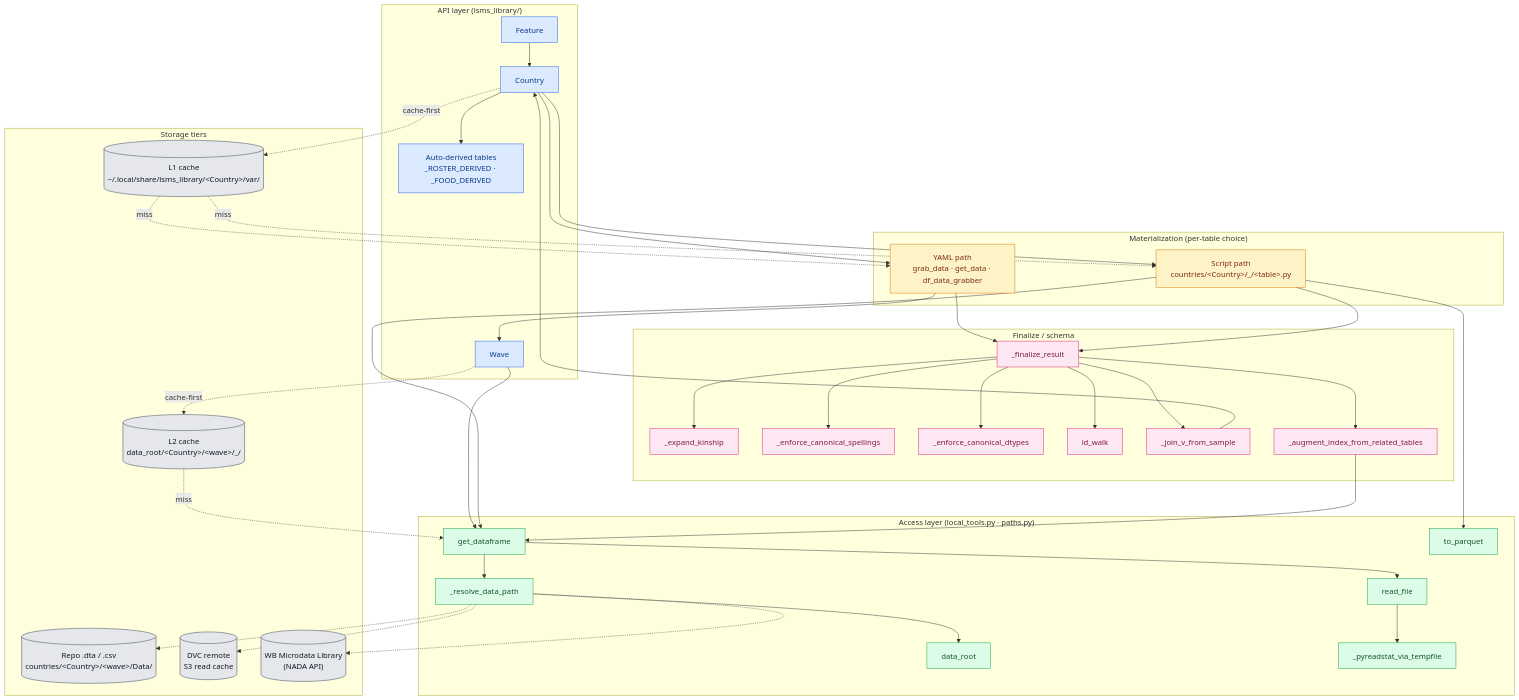
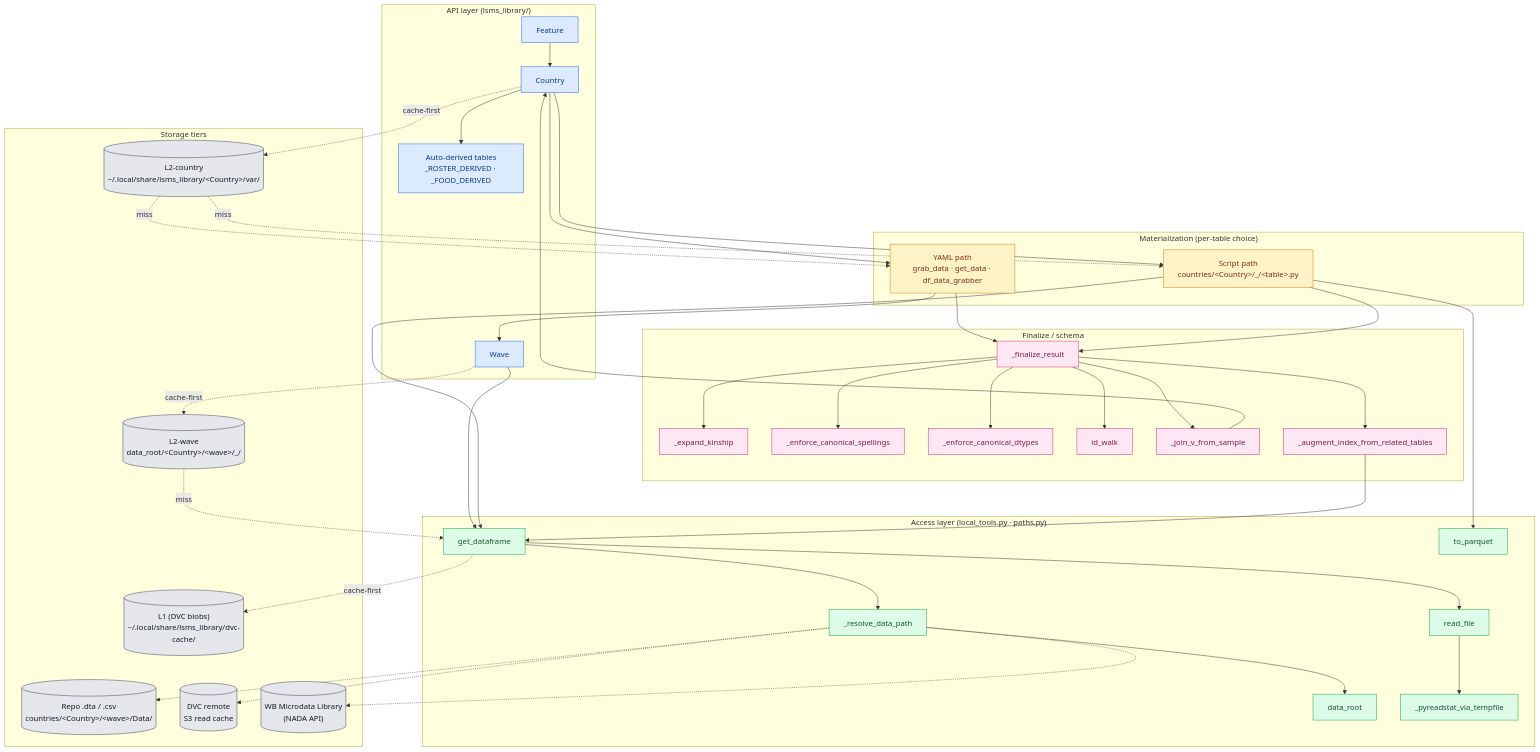
Before and after one commit to ligon/LSMS_Library: the diagram in ARCHITECTURE.md, drawn with Mermaid. The commit also changed other lines of this file and 6 other files, not shown here.

First line of the commit message:
docs(caching): unify L1 / L2-country / L2-wave naming across docs and code

````diff
--- a/ARCHITECTURE.md
+++ b/ARCHITECTURE.md
@@ -91,79 +91,81 @@
 ```mermaid
 flowchart TD
     classDef api fill:#dbeafe,stroke:#2563eb,color:#0b3a8a
     classDef materialize fill:#fef3c7,stroke:#d97706,color:#7c2d12
     classDef access fill:#dcfce7,stroke:#16a34a,color:#14532d
     classDef finalize fill:#fce7f3,stroke:#db2777,color:#831843
     classDef storage fill:#e5e7eb,stroke:#374151,color:#111827
 
     subgraph API["API layer (lsms_library/)"]
         Country[Country]:::api
         Feature[Feature]:::api
         Wave[Wave]:::api
         Derived["Auto-derived tables<br/>_ROSTER_DERIVED · _FOOD_DERIVED"]:::api
     end
 
     subgraph Mat["Materialization (per-table choice)"]
         YAML["YAML path<br/>grab_data · get_data · df_data_grabber"]:::materialize
         Script["Script path<br/>countries/&lt;Country&gt;/_/&lt;table&gt;.py"]:::materialize
     end
 
     subgraph Final["Finalize / schema"]
         Finalize[_finalize_result]:::finalize
         Kinship[_expand_kinship]:::finalize
         Spell[_enforce_canonical_spellings]:::finalize
         Dtype[_enforce_canonical_dtypes]:::finalize
         IdWalk[id_walk]:::finalize
         JoinV[_join_v_from_sample]:::finalize
         Augment[_augment_index_from_related_tables]:::finalize
     end
 
     subgraph Access["Access layer (local_tools.py · paths.py)"]
         GetDF[get_dataframe]:::access
         Resolve[_resolve_data_path]:::access
         DataRoot[data_root]:::access
         ReadFile[read_file]:::access
         PyRead[_pyreadstat_via_tempfile]:::access
         ToParquet[to_parquet]:::access
     end
 
     subgraph Store["Storage tiers"]
-        L1[("L1 cache<br/>~/.local/share/lsms_library/&lt;Country&gt;/var/")]:::storage
-        L2[("L2 cache<br/>data_root/&lt;Country&gt;/&lt;wave&gt;/_/")]:::storage
+        L2C[("L2-country<br/>~/.local/share/lsms_library/&lt;Country&gt;/var/")]:::storage
+        L2W[("L2-wave<br/>data_root/&lt;Country&gt;/&lt;wave&gt;/_/")]:::storage
+        L1[("L1 (DVC blobs)<br/>~/.local/share/lsms_library/dvc-cache/")]:::storage
         Repo[("Repo .dta / .csv<br/>countries/&lt;Country&gt;/&lt;wave&gt;/Data/")]:::storage
         DVC[("DVC remote<br/>S3 read cache")]:::storage
         WB[("WB Microdata Library<br/>(NADA API)")]:::storage
     end
 
     Country --> Derived
     Country --> YAML
     Country --> Script
     Feature --> Country
     YAML --> Wave
     Wave --> GetDF
     Script --> ToParquet
     Script --> GetDF
 
-    Country -. cache-first .-> L1
-    Wave -. cache-first .-> L2
-    L1 -. miss .-> YAML
-    L1 -. miss .-> Script
-    L2 -. miss .-> GetDF
+    Country -. cache-first .-> L2C
+    Wave -. cache-first .-> L2W
+    L2C -. miss .-> YAML
+    L2C -. miss .-> Script
+    L2W -. miss .-> GetDF
+    GetDF -. cache-first .-> L1
 
     GetDF --> Resolve --> DataRoot
     GetDF --> ReadFile --> PyRead
     Resolve -.-> Repo
     Resolve -.-> DVC
     Resolve -.-> WB
 
     YAML --> Finalize
     Script --> Finalize
     Finalize --> Kinship
     Finalize --> Spell
     Finalize --> Dtype
     Finalize --> IdWalk
     Finalize --> JoinV
     Finalize --> Augment
     Augment --> GetDF
     JoinV --> Country
 ```
````
